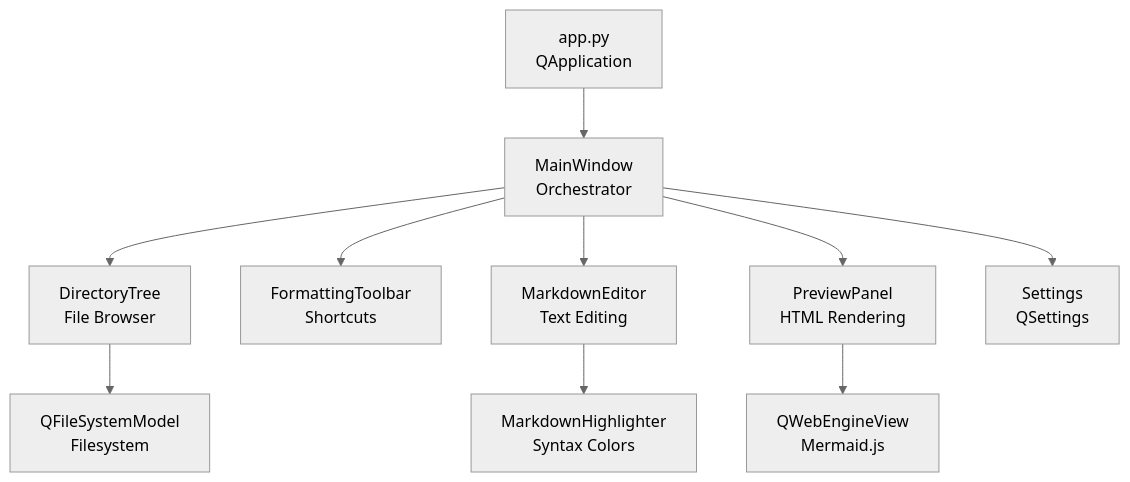
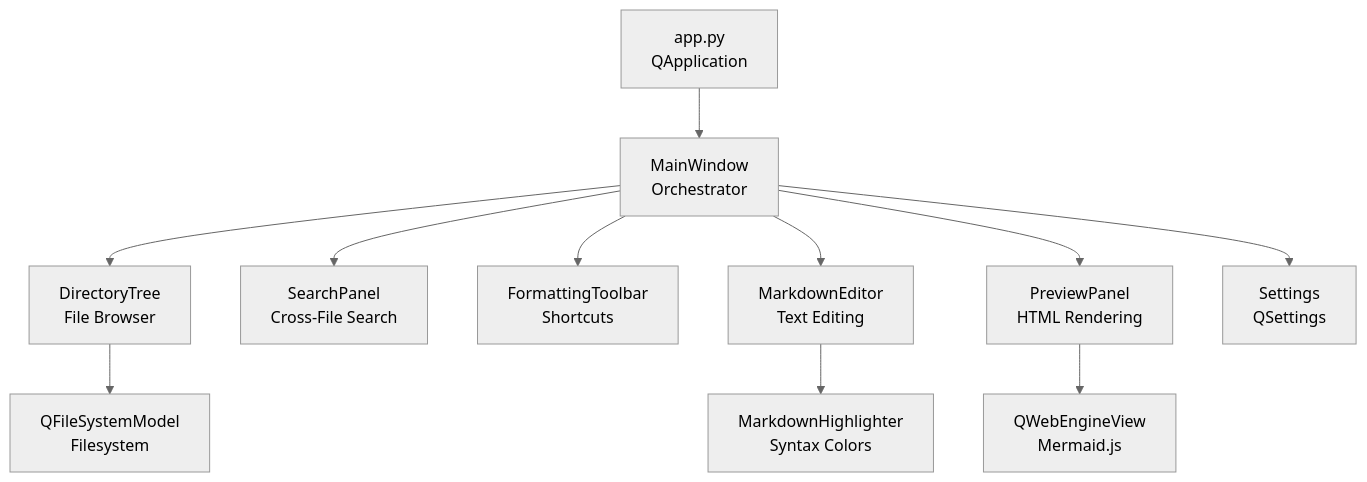
One commit to nguyenl/drnotes changed the first of 7 diagrams in ARCHITECTURE.md. Above: the diagram before and after it, drawn with Mermaid (neutral theme). The commit also changed other lines of this file and 6 other files, not shown here.

````diff
--- a/ARCHITECTURE.md
+++ b/ARCHITECTURE.md
@@ -9,12 +9,13 @@
 ```mermaid
 graph TD
     App[app.py<br>QApplication] --> MW[MainWindow<br>Orchestrator]
     MW --> DT[DirectoryTree<br>File Browser]
+    MW --> SP[SearchPanel<br>Cross-File Search]
     MW --> TB[FormattingToolbar<br>Shortcuts]
     MW --> ED[MarkdownEditor<br>Text Editing]
     MW --> PP[PreviewPanel<br>HTML Rendering]
     MW --> ST[Settings<br>QSettings]
     PP --> WE[QWebEngineView<br>Mermaid.js]
     ED --> SH[MarkdownHighlighter<br>Syntax Colors]
     DT --> FS[QFileSystemModel<br>Filesystem]
 ```
````
